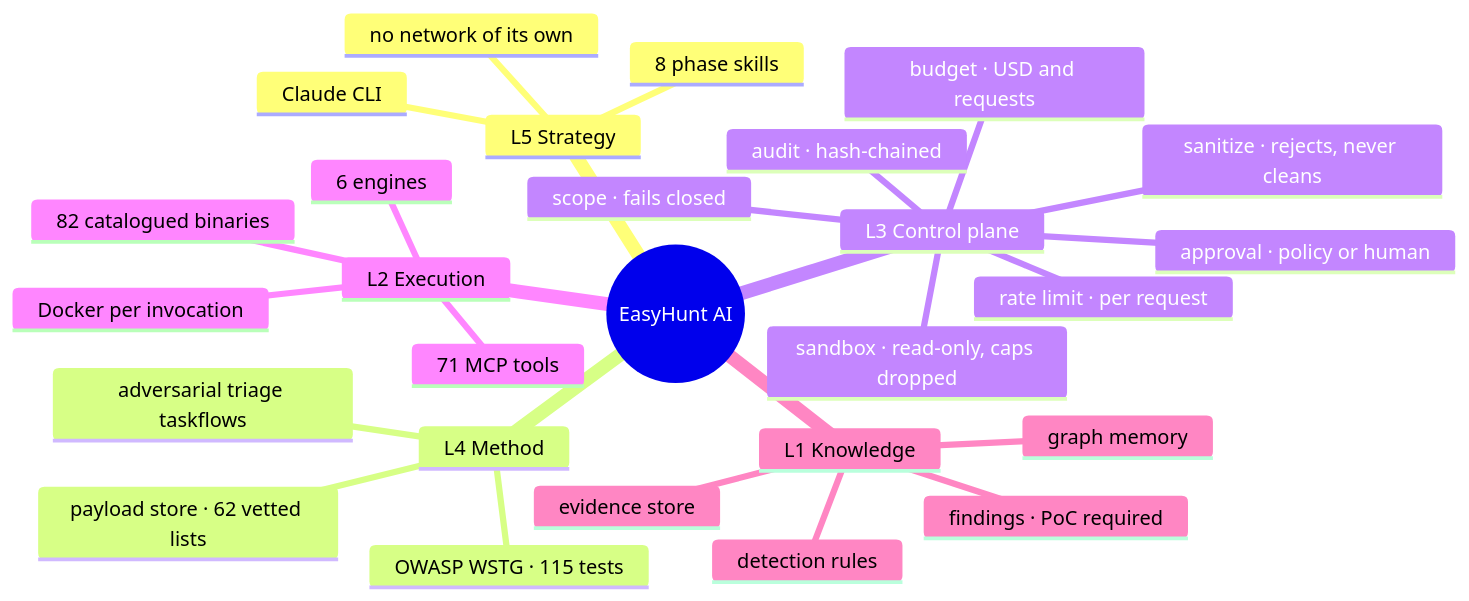
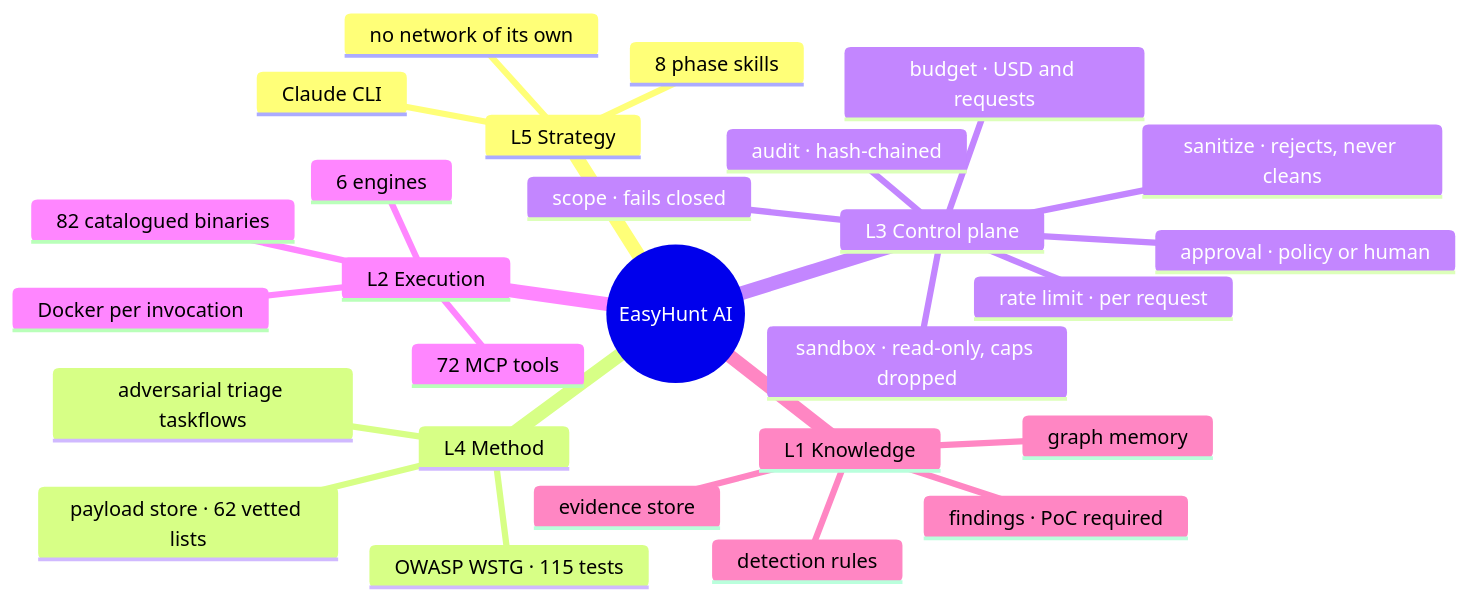
The second of 4 diagrams in README.md (iamsecure1920/Cordon-AI), drawn with Mermaid before and after one commit. The commit also changed other lines of this file and 7 other files, not shown here.

````diff
--- a/README.md
+++ b/README.md
@@ -107,30 +107,30 @@
 ```mermaid
 mindmap
   root((EasyHunt AI))
     L5 Strategy
       Claude CLI
       no network of its own
       8 phase skills
     L4 Method
       OWASP WSTG · 115 tests
       adversarial triage taskflows
       payload store · 62 vetted lists
     L3 Control plane
       scope · fails closed
       sanitize · rejects, never cleans
       budget · USD and requests
       rate limit · per request
       approval · policy or human
       sandbox · read-only, caps dropped
       audit · hash-chained
     L2 Execution
-      71 MCP tools
+      72 MCP tools
       82 catalogued binaries
       6 engines
       Docker per invocation
     L1 Knowledge
       findings · PoC required
       graph memory
       detection rules
       evidence store
 ```
````
